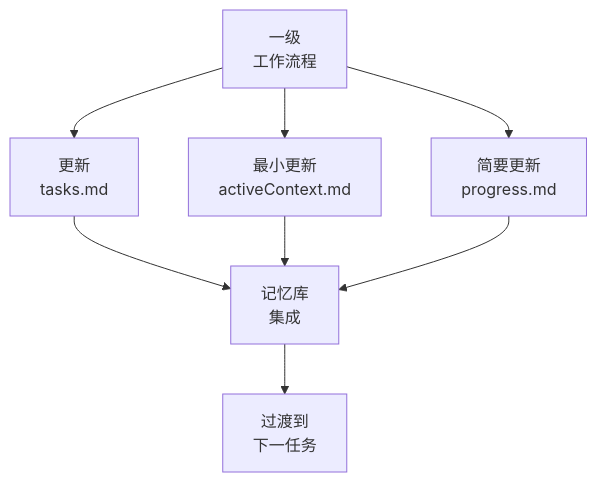
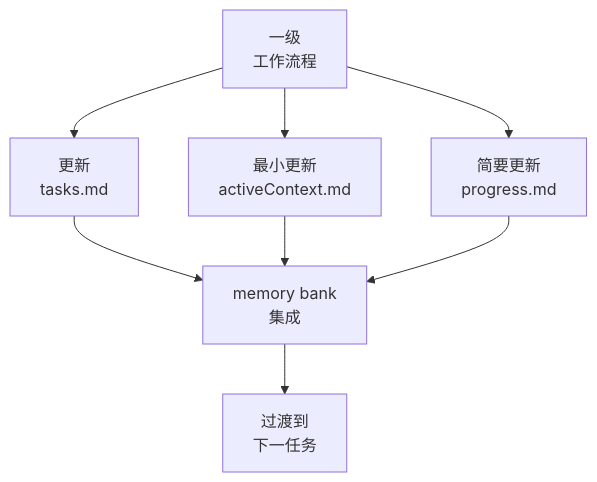
One commit to autel-lizhuohang/cursor-memory-bank-cn changed the fifth of 5 diagrams in .cursor/rules/isolation_rules/Level1/workflow-level1.mdc. Above: the diagram before and after it, drawn with Mermaid. The commit also changed other lines of this file and 33 other files, not shown here.

````diff
--- a/.cursor/rules/isolation_rules/Level1/workflow-level1.mdc
+++ b/.cursor/rules/isolation_rules/Level1/workflow-level1.mdc
@@ -170,9 +170,9 @@
 ```mermaid
 graph TD
     Workflow["一级<br>工作流程"] --> TM["更新<br>tasks.md"]
     Workflow --> AC["最小更新<br>activeContext.md"]
     Workflow --> PM["简要更新<br>progress.md"]
 
-    TM & AC & PM --> MB["记忆库<br>集成"]
+    TM & AC & PM --> MB["memory bank<br>集成"]
     MB --> NextTask["过渡到<br>下一任务"]
 ```
````
